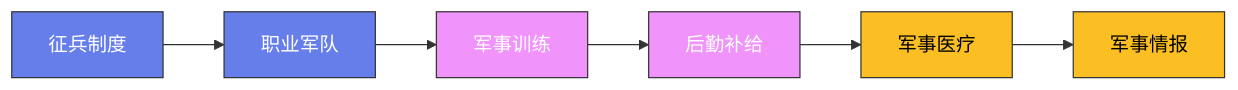
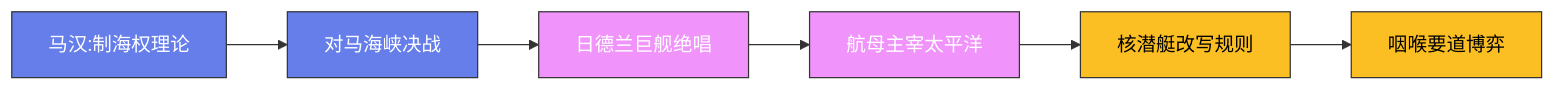
Before and after one commit to Fengur/Fengur.github.io: the diagram in content/posts/ModelCreate/军事史/16-海权论.md, drawn with Mermaid. The commit also changed 28 other files, not shown here.

````diff
--- a/content/posts/ModelCreate/军事史/16-海权论.md
+++ b/content/posts/ModelCreate/军事史/16-海权论.md
@@ -37,16 +37,16 @@
 ```mermaid
 graph LR
-    A["征兵制度"] --> B["职业军队"]
-    B --> C["军事训练"]
-    C --> D["后勤补给"]
-    D --> E["军事医疗"]
-    E --> F["军事情报"]
+    A["马汉:制海权理论"] --> B["对马海峡决战"]
+    B --> C["日德兰巨舰绝唱"]
+    C --> D["航母主宰太平洋"]
+    D --> E["核潜艇改写规则"]
+    E --> F["咽喉要道博弈"]
 
     classDef early fill:#667eea,stroke:#333,color:white
     classDef mid fill:#f093fb,stroke:#333,color:white
     classDef modern fill:#fbbf24,stroke:#333,color:black
 
     class A,B early
     class C,D mid
     class E,F modern
 ```
````
